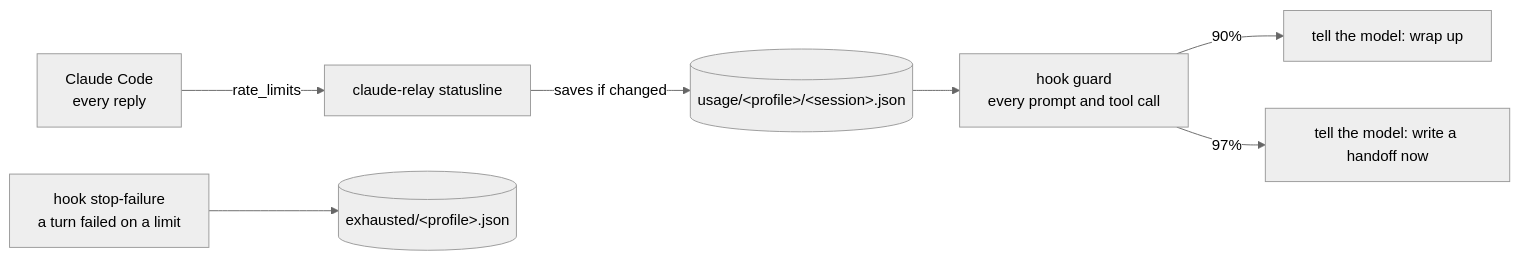
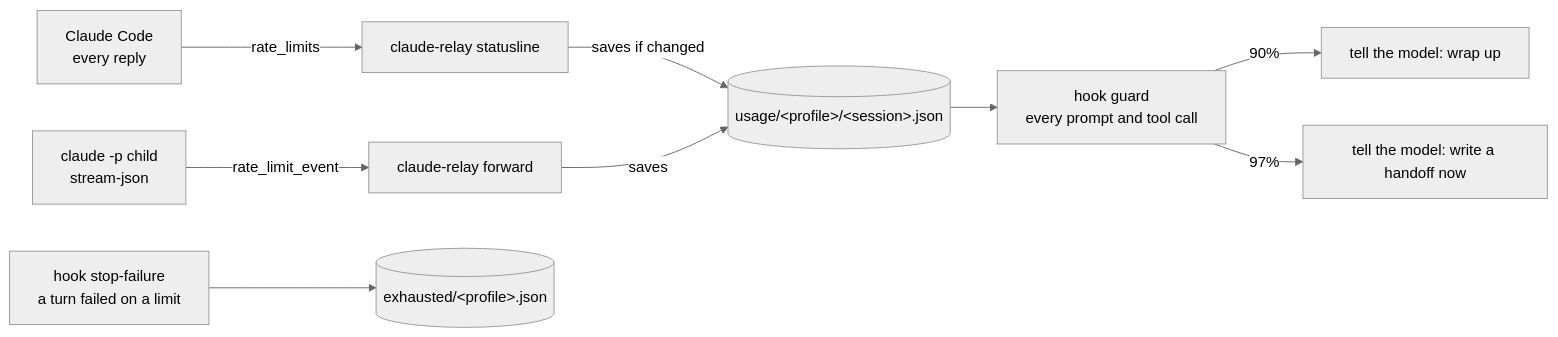
One commit to nahimdhaney/claude-relay changed the first of 4 diagrams in docs/HOW-IT-WORKS.md. Above: the diagram before and after it, drawn with Mermaid (neutral theme). The commit also changed other lines of this file and 17 other files, not shown here.

Commit message:
v0.4.0: relay runs report quota through stream-json

````diff
--- a/docs/HOW-IT-WORKS.md
+++ b/docs/HOW-IT-WORKS.md
@@ -33,9 +35,11 @@
 ```mermaid
 flowchart LR
   CC[Claude Code<br/>every reply] -- rate_limits --> SL[claude-relay statusline]
   SL -- saves if changed --> U[(usage/&lt;profile&gt;/&lt;session&gt;.json)]
+  RC[claude -p child<br/>stream-json] -- rate_limit_event --> FW[claude-relay forward]
+  FW -- saves --> U
   U --> G[hook guard<br/>every prompt and tool call]
   G -- 90% --> W[tell the model: wrap up]
   G -- 97% --> H[tell the model: write a handoff now]
   F[hook stop-failure<br/>a turn failed on a limit] --> X[(exhausted/&lt;profile&gt;.json)]
 ```
````
